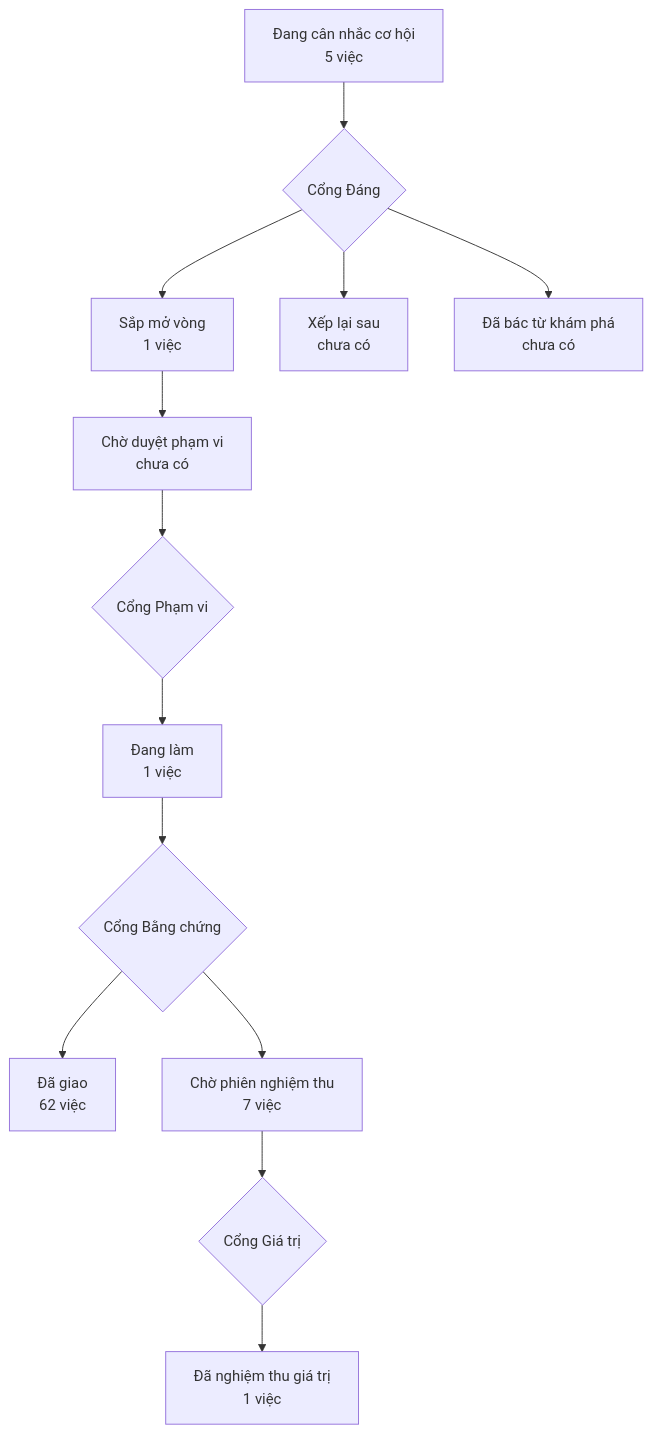
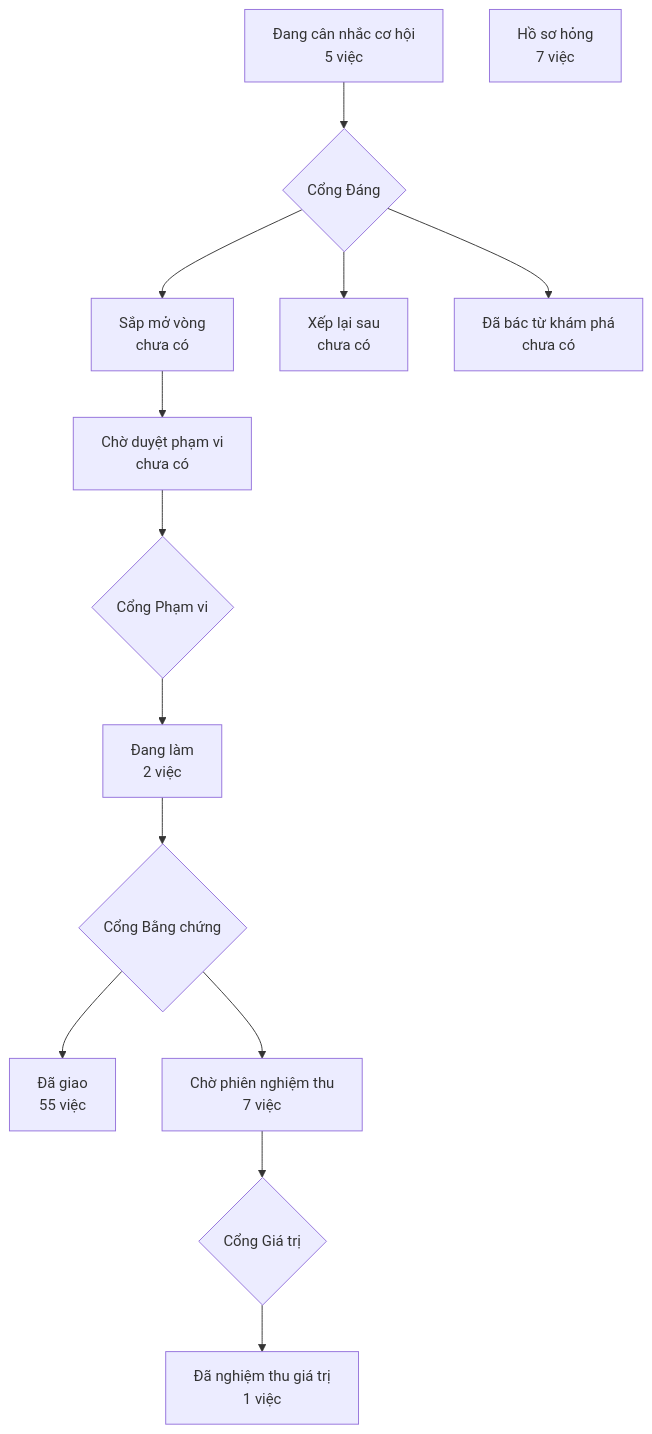
One commit to phanlemanh/crm-onehub changed the diagram in PRODUCT-MAP.md. Above: the diagram before and after it, drawn with Mermaid. The commit also changed other lines of this file and 2 other files, not shown here.

````diff
--- a/PRODUCT-MAP.md
+++ b/PRODUCT-MAP.md
@@ -6,12 +6,13 @@
 ```mermaid
 flowchart TD
   A["Đang cân nhắc cơ hội<br/>5 việc"] --> GD{"Cổng Đáng"}
-  GD --> B["Sắp mở vòng<br/>1 việc"]
+  GD --> B["Sắp mở vòng<br/>chưa có"]
   GD --> XL["Xếp lại sau<br/>chưa có"]
   GD --> DB["Đã bác từ khám phá<br/>chưa có"]
   B --> CD["Chờ duyệt phạm vi<br/>chưa có"] --> GP{"Cổng Phạm vi"}
-  GP --> DL["Đang làm<br/>1 việc"] --> GB{"Cổng Bằng chứng"}
-  GB --> DG["Đã giao<br/>62 việc"]
+  GP --> DL["Đang làm<br/>2 việc"] --> GB{"Cổng Bằng chứng"}
+  GB --> DG["Đã giao<br/>55 việc"]
   GB --> CN["Chờ phiên nghiệm thu<br/>7 việc"] --> GG{"Cổng Giá trị"}
   GG --> NT["Đã nghiệm thu giá trị<br/>1 việc"]
+  HS["Hồ sơ hỏng<br/>7 việc"]
 ```
````
